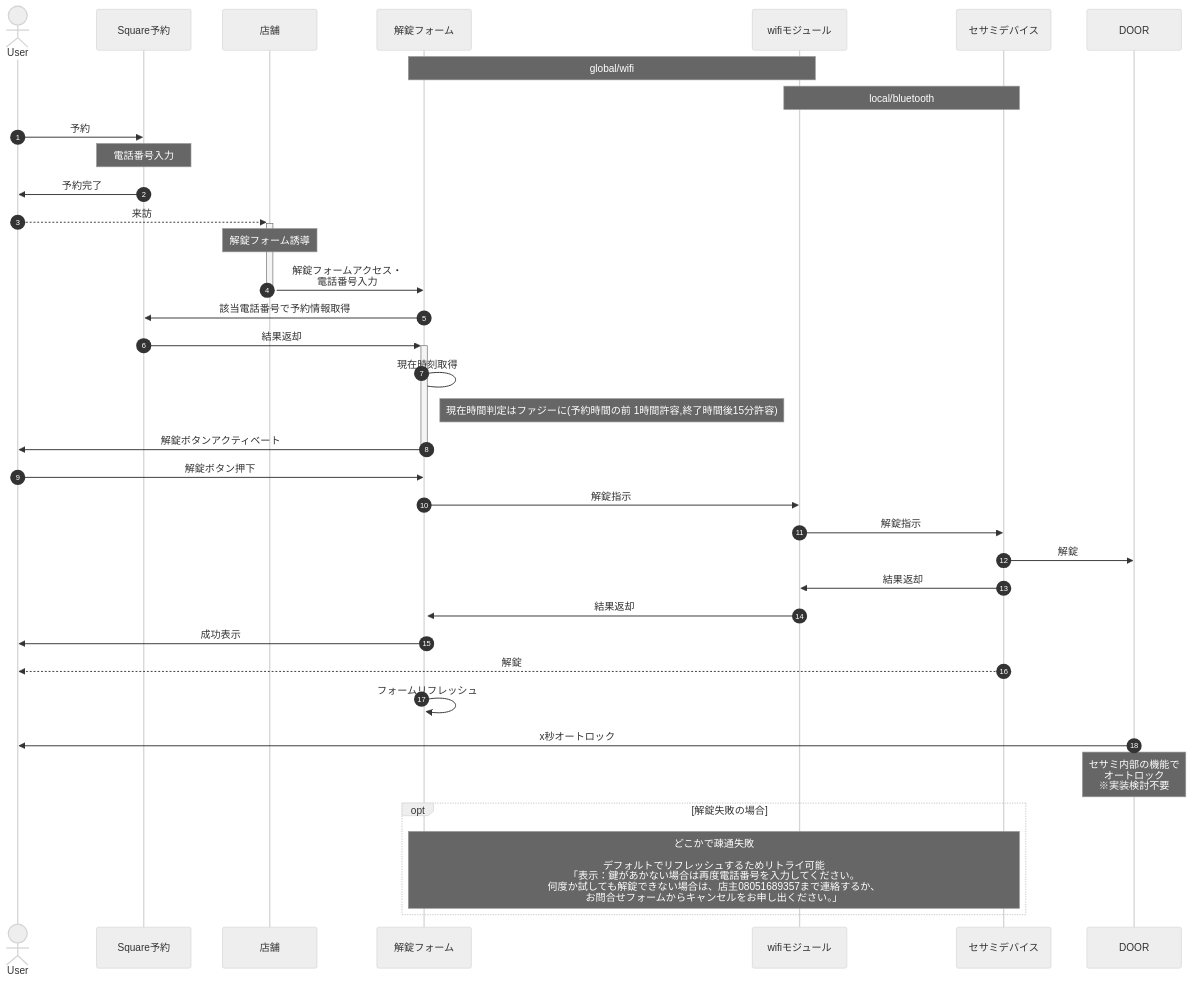
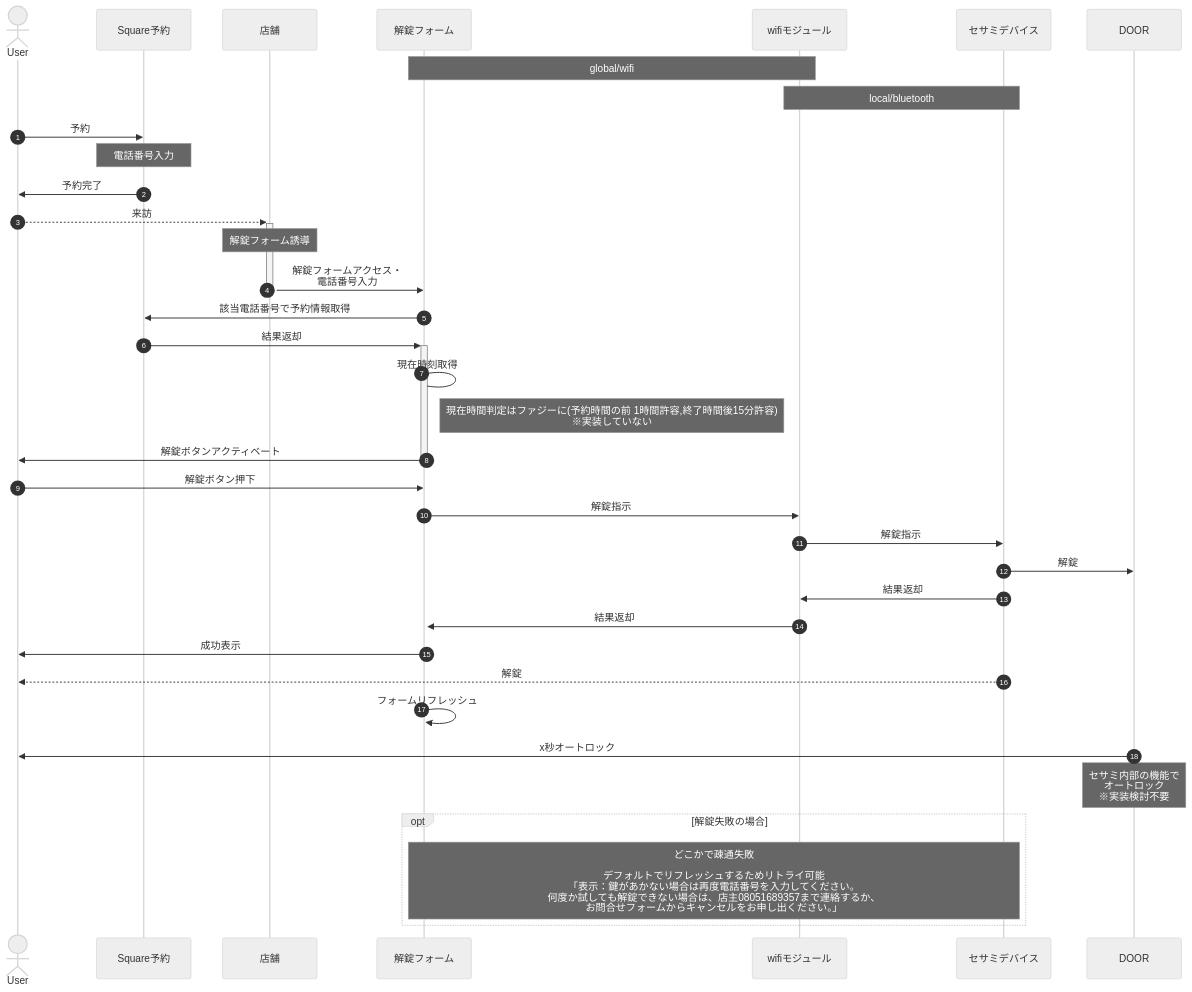
The second of 2 diagrams in README.md (shoshishosaiyusuke/denforsomeone_public), drawn with Mermaid (neutral theme) before and after one commit.

````diff
--- a/README.md
+++ b/README.md
@@ -221,57 +221,57 @@
 ```mermaid
 sequenceDiagram
 autonumber
 actor u as User
 participant sqr as Square予約
 
 participant mer as 店舗
 participant sqi as 解錠フォーム
 
 participant nr as Wifiモジュール
 participant ses as セサミデバイス
 participant door as DOOR
 
 
 
 note over sqi,nr :global/wifi
 note over nr,ses :local/bluetooth
 
 u->>sqr: 予約
 note over sqr : 電話番号入力
 sqr->>u: 予約完了
 participant mer as 店舗
 participant sqi as 解錠フォーム
 
 participant nr as wifiモジュール
 participant ses as セサミデバイス
 
 
 u-->>+mer: 来訪
 note over mer : 解錠フォーム誘導
 mer->>-sqi : 解錠フォームアクセス・<br>電話番号入力
 sqi->>sqr : 該当電話番号で予約情報取得
 sqr->>+sqi : 結果返却
 sqi->sqi: 現在時刻取得
-note right of sqi : 現在時間判定はファジーに(予約時間の前 1時間許容,終了時間後15分許容)
+note right of sqi : 現在時間判定はファジーに(予約時間の前 1時間許容,終了時間後15分許容)<br>※実装していない
 sqi->>-u: 解錠ボタンアクティベート
 u->>sqi:解錠ボタン押下
 
 sqi->>nr: 解錠指示
 
 nr->>ses: 解錠指示
 
 ses->>door: 解錠
 
 ses->>nr: 結果返却
 nr->>+sqi: 結果返却
 sqi->>u : 成功表示
 ses-->>u : 解錠 #物理的に現場で鍵が開く
 
 sqi->>sqi : フォームリフレッシュ
 
 door->>u : x秒オートロック
 note over door: セサミ内部の機能で<br>オートロック<br>※実装検討不要
 opt 解錠失敗の場合
 note over sqi ,ses : どこかで疎通失敗<br><br>デフォルトでリフレッシュするためリトライ可能<br>「表示：鍵があかない場合は再度電話番号を入力してください。<br>何度か試しても解錠できない場合は、店主08051689357まで連絡するか、<br>お問合せフォームからキャンセルをお申し出ください。」
 end
 ```
````
